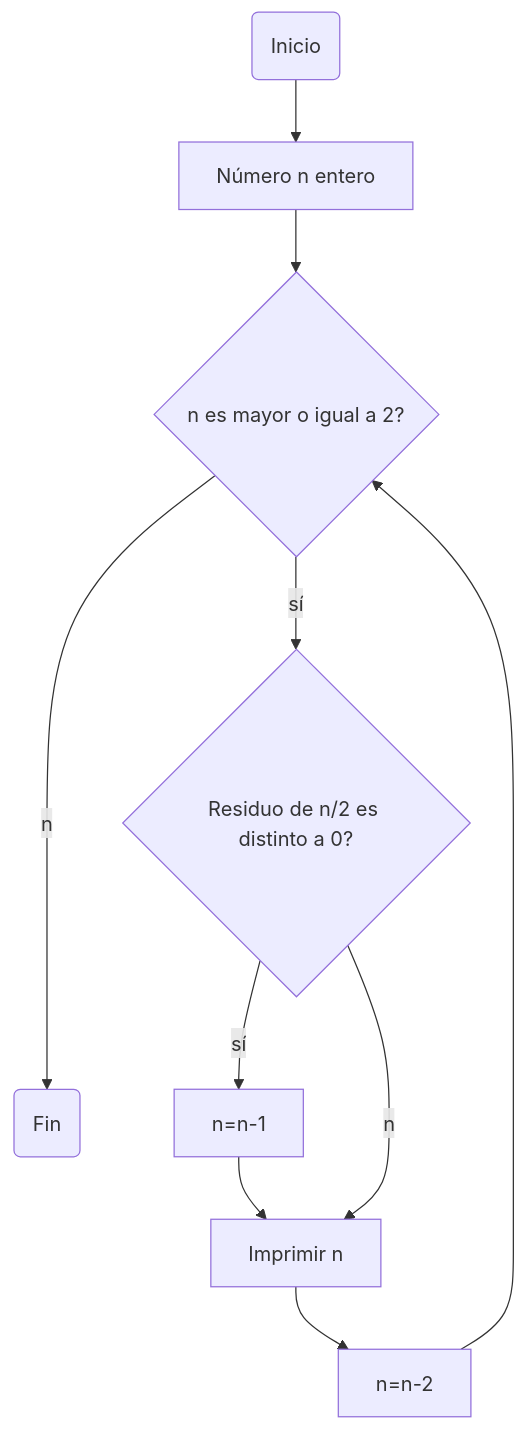
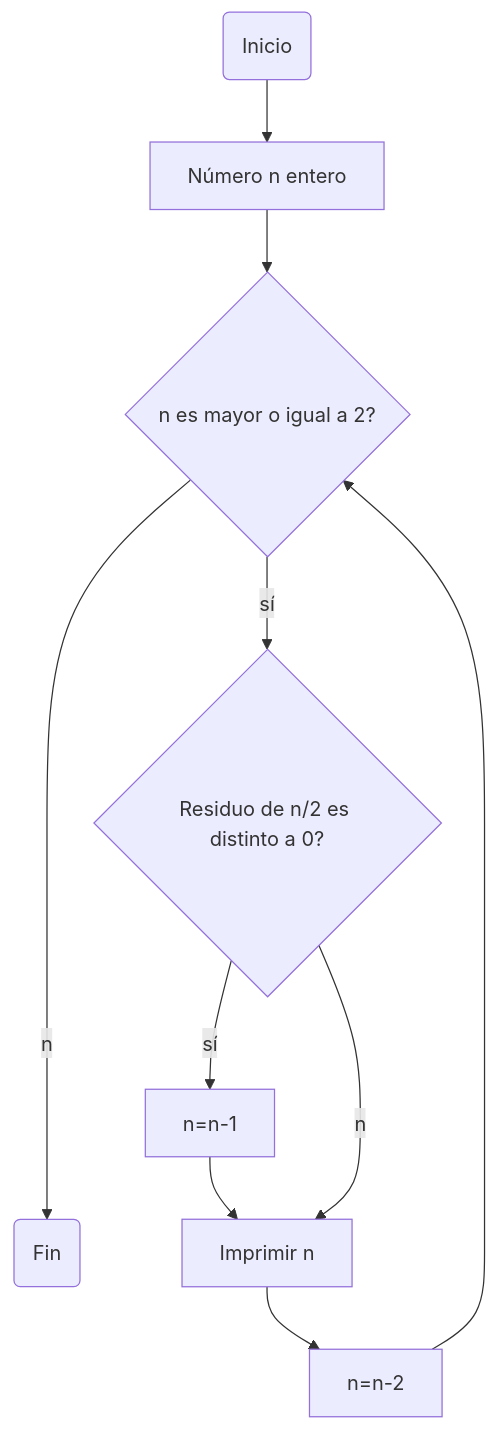
Before and after one commit to pjimenezq/while: the third of 3 diagrams in README.md, drawn with Mermaid.

````diff
--- a/README.md
+++ b/README.md
@@ -49,12 +49,12 @@
 ```mermaid
 flowchart TD
 A(Inicio)-->B[Número n entero]
 B-->C{n es mayor o igual a 2?}
 C--sí-->D{Residuo de n/2 es distinto a 0?}
-C--no-->E(Fin)
+C--no--->E(Fin)
 D--sí-->F[n=n-1]
 F-->G
 D--no-->G[Imprimir n]
 G-->H[n=n-2]
 H-->C
 ```
````
